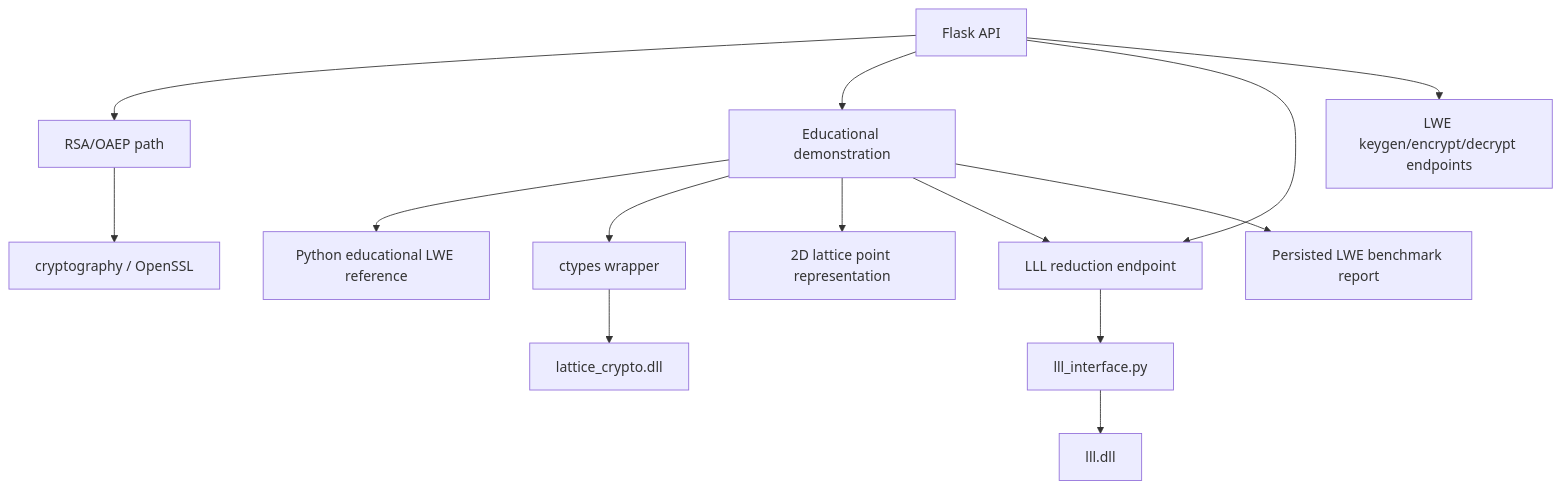
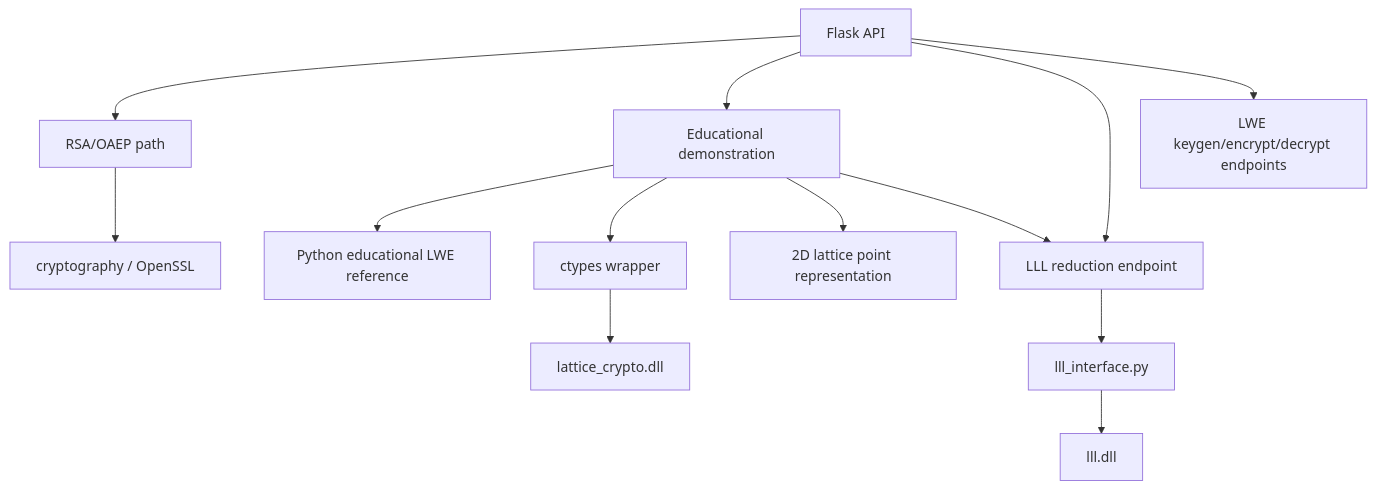
The diagram in docs/ARCHITECTURE.md (vasudevbembalge/RSA-Lattice-Analysis), drawn with Mermaid before and after one commit. The commit also changed other lines of this file and 16 other files, not shown here.

````diff
--- a/docs/ARCHITECTURE.md
+++ b/docs/ARCHITECTURE.md
@@ -18,19 +17,18 @@
 ```mermaid
 flowchart TD
     API[Flask API] --> RSA[RSA/OAEP path]
     API --> DEMO[Educational demonstration]
     API --> LLL_API[LLL reduction endpoint]
     API --> LWE_API[LWE keygen/encrypt/decrypt endpoints]
 
     RSA --> CRYPTO[cryptography / OpenSSL]
 
     DEMO --> PY[Python educational LWE reference]
     DEMO --> CWRAP[ctypes wrapper]
     CWRAP --> CDLL[lattice_crypto.dll]
     DEMO --> VIS[2D lattice point representation]
     DEMO --> LLL_API
-    DEMO --> BENCH[Persisted LWE benchmark report]
 
     LLL_API --> LLL_WRAP[lll_interface.py]
     LLL_WRAP --> LLL_DLL[lll.dll]
 ```
````
